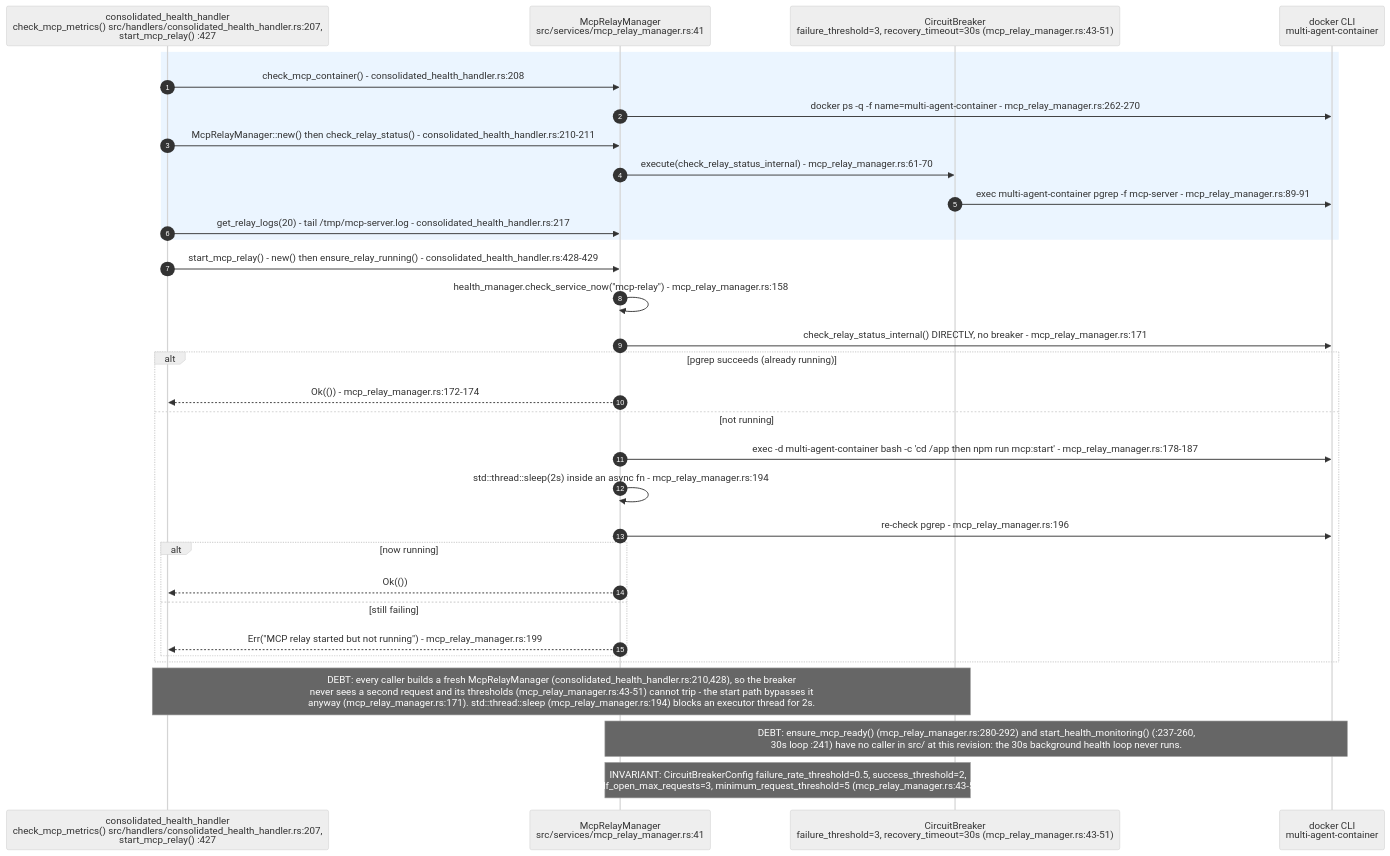
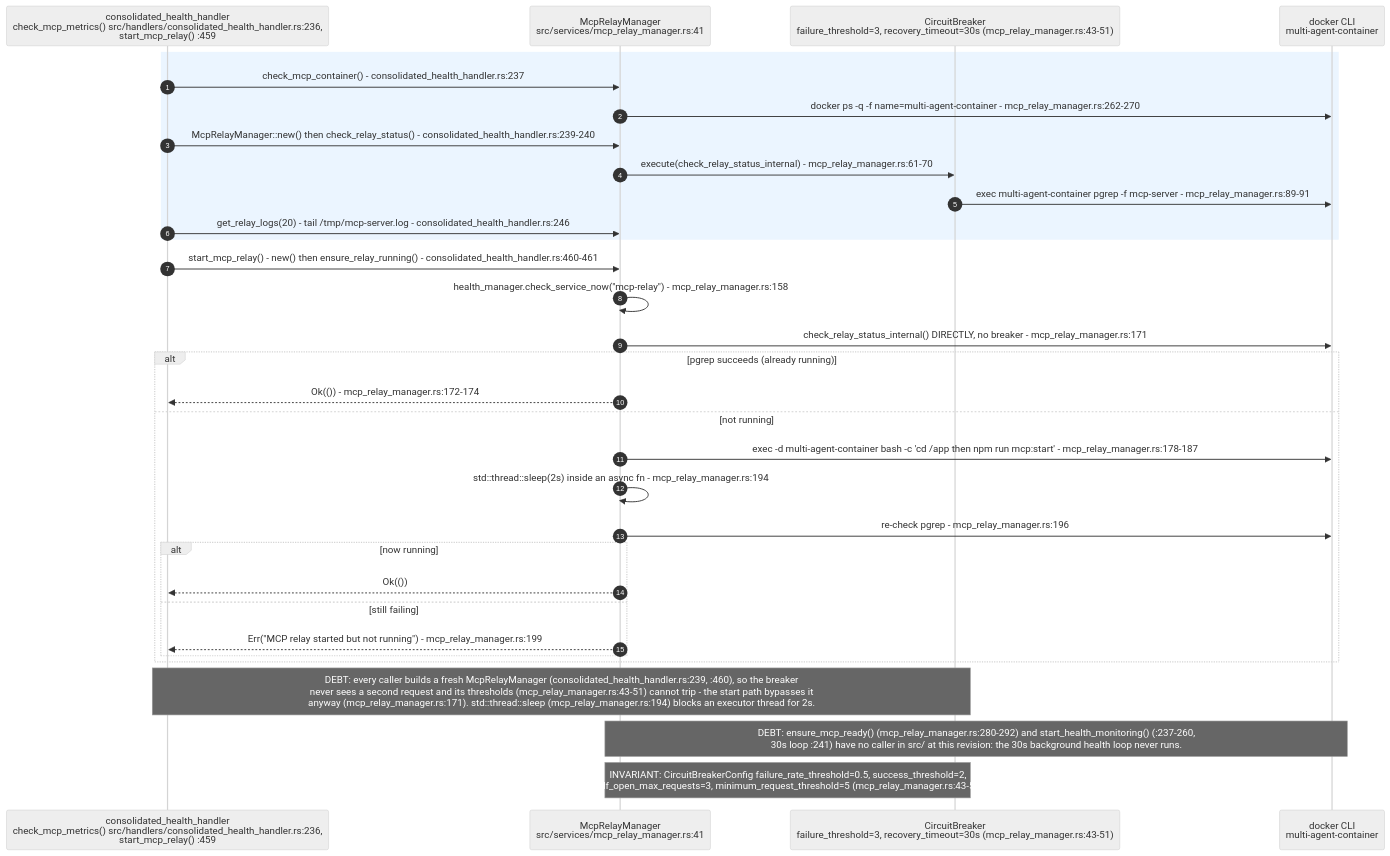
Before and after one commit to DreamLab-AI/VisionFlow: the second of 11 diagrams in docs/diagrams/visionclaw/27-agent-integration-mcp-relay.md, drawn with Mermaid (neutral theme). The commit also changed other lines of this file and 46 other files, not shown here.

Commit message:
docs(diagrams): re-verify VisionClaw topics at 809a859aa/a950f4d80 after the consolidation pass

````diff
--- a/docs/diagrams/visionclaw/27-agent-integration-mcp-relay.md
+++ b/docs/diagrams/visionclaw/27-agent-integration-mcp-relay.md
@@ -89,35 +90,35 @@
 ```mermaid
 sequenceDiagram
     autonumber
-    participant HH as consolidated_health_handler<br/>check_mcp_metrics() src/handlers/consolidated_health_handler.rs:207,<br/>start_mcp_relay() :427
+    participant HH as consolidated_health_handler<br/>check_mcp_metrics() src/handlers/consolidated_health_handler.rs:236,<br/>start_mcp_relay() :459
     participant MRM as McpRelayManager<br/>src/services/mcp_relay_manager.rs:41
     participant CB as CircuitBreaker<br/>failure_threshold=3, recovery_timeout=30s (mcp_relay_manager.rs:43-51)
     participant Docker as docker CLI<br/>multi-agent-container
 
     rect rgb(235,245,255)
-    HH->>MRM: check_mcp_container() - consolidated_health_handler.rs:208
+    HH->>MRM: check_mcp_container() - consolidated_health_handler.rs:237
     MRM->>Docker: docker ps -q -f name=multi-agent-container - mcp_relay_manager.rs:262-270
-    HH->>MRM: McpRelayManager::new() then check_relay_status() - consolidated_health_handler.rs:210-211
+    HH->>MRM: McpRelayManager::new() then check_relay_status() - consolidated_health_handler.rs:239-240
     MRM->>CB: execute(check_relay_status_internal) - mcp_relay_manager.rs:61-70
     CB->>Docker: exec multi-agent-container pgrep -f mcp-server - mcp_relay_manager.rs:89-91
-    HH->>MRM: get_relay_logs(20) - tail /tmp/mcp-server.log - consolidated_health_handler.rs:217
+    HH->>MRM: get_relay_logs(20) - tail /tmp/mcp-server.log - consolidated_health_handler.rs:246
     end
-    HH->>MRM: start_mcp_relay() - new() then ensure_relay_running() - consolidated_health_handler.rs:428-429
+    HH->>MRM: start_mcp_relay() - new() then ensure_relay_running() - consolidated_health_handler.rs:460-461
     MRM->>MRM: health_manager.check_service_now("mcp-relay") - mcp_relay_manager.rs:158
     MRM->>Docker: check_relay_status_internal() DIRECTLY, no breaker - mcp_relay_manager.rs:171
     alt pgrep succeeds (already running)
         MRM-->>HH: Ok(()) - mcp_relay_manager.rs:172-174
     else not running
         MRM->>Docker: exec -d multi-agent-container bash -c 'cd /app then npm run mcp:start' - mcp_relay_manager.rs:178-187
         MRM->>MRM: std::thread::sleep(2s) inside an async fn - mcp_relay_manager.rs:194
         MRM->>Docker: re-check pgrep - mcp_relay_manager.rs:196
         alt now running
             MRM-->>HH: Ok(())
         else still failing
             MRM-->>HH: Err("MCP relay started but not running") - mcp_relay_manager.rs:199
         end
     end
-    Note over HH,CB: DEBT: every caller builds a fresh McpRelayManager (consolidated_health_handler.rs:210,428), so the breaker<br/>never sees a second request and its thresholds (mcp_relay_manager.rs:43-51) cannot trip - the start path bypasses it<br/>anyway (mcp_relay_manager.rs:171). std::thread::sleep (mcp_relay_manager.rs:194) blocks an executor thread for 2s.
+    Note over HH,CB: DEBT: every caller builds a fresh McpRelayManager (consolidated_health_handler.rs:239, :460), so the breaker<br/>never sees a second request and its thresholds (mcp_relay_manager.rs:43-51) cannot trip - the start path bypasses it<br/>anyway (mcp_relay_manager.rs:171). std::thread::sleep (mcp_relay_manager.rs:194) blocks an executor thread for 2s.
     Note over MRM,Docker: DEBT: ensure_mcp_ready() (mcp_relay_manager.rs:280-292) and start_health_monitoring() (:237-260,<br/>30s loop :241) have no caller in src/ at this revision: the 30s background health loop never runs.
     Note over MRM,CB: INVARIANT: CircuitBreakerConfig failure_rate_threshold=0.5, success_threshold=2,<br/>half_open_max_requests=3, minimum_request_threshold=5 (mcp_relay_manager.rs:43-51)
 ```
````
